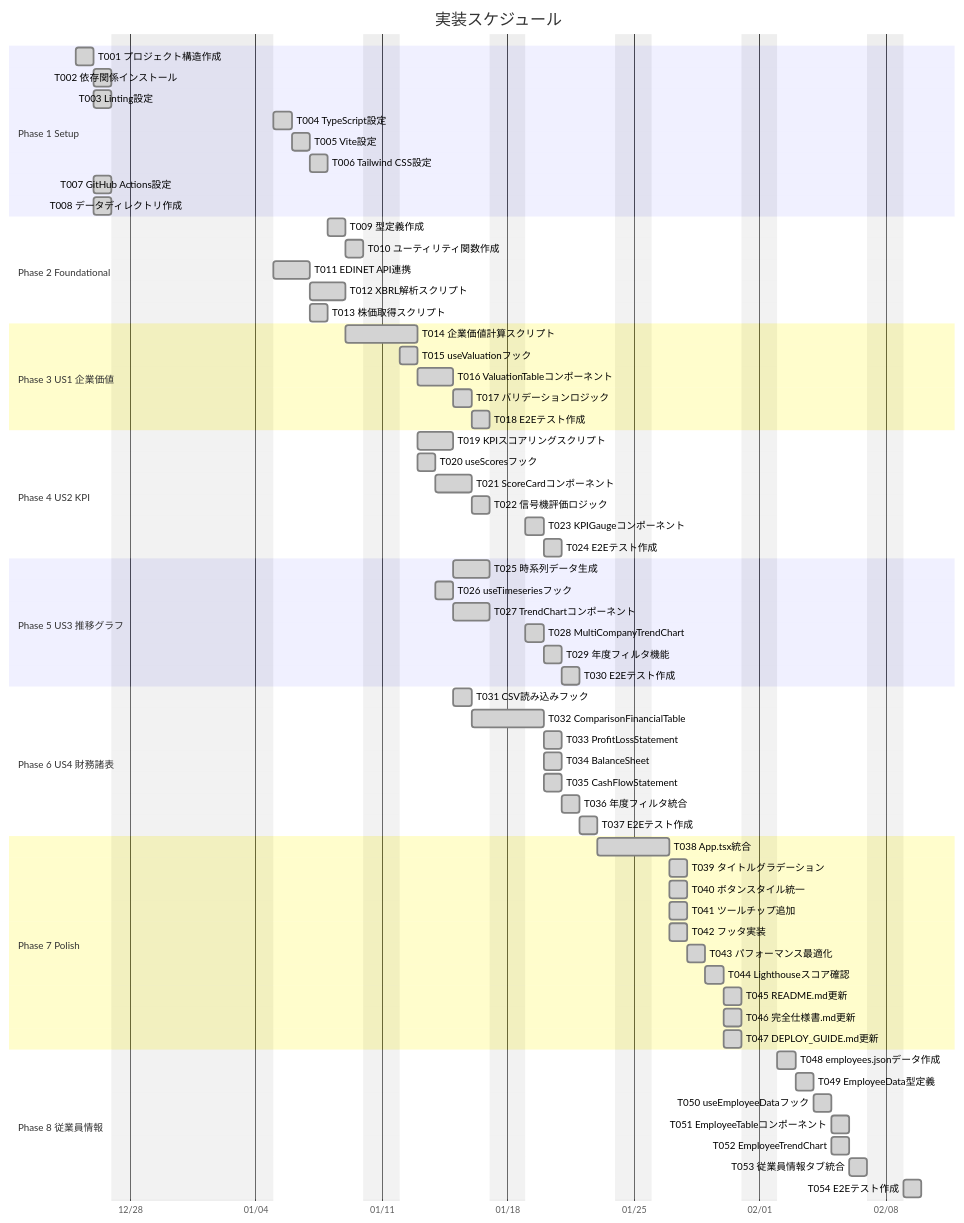
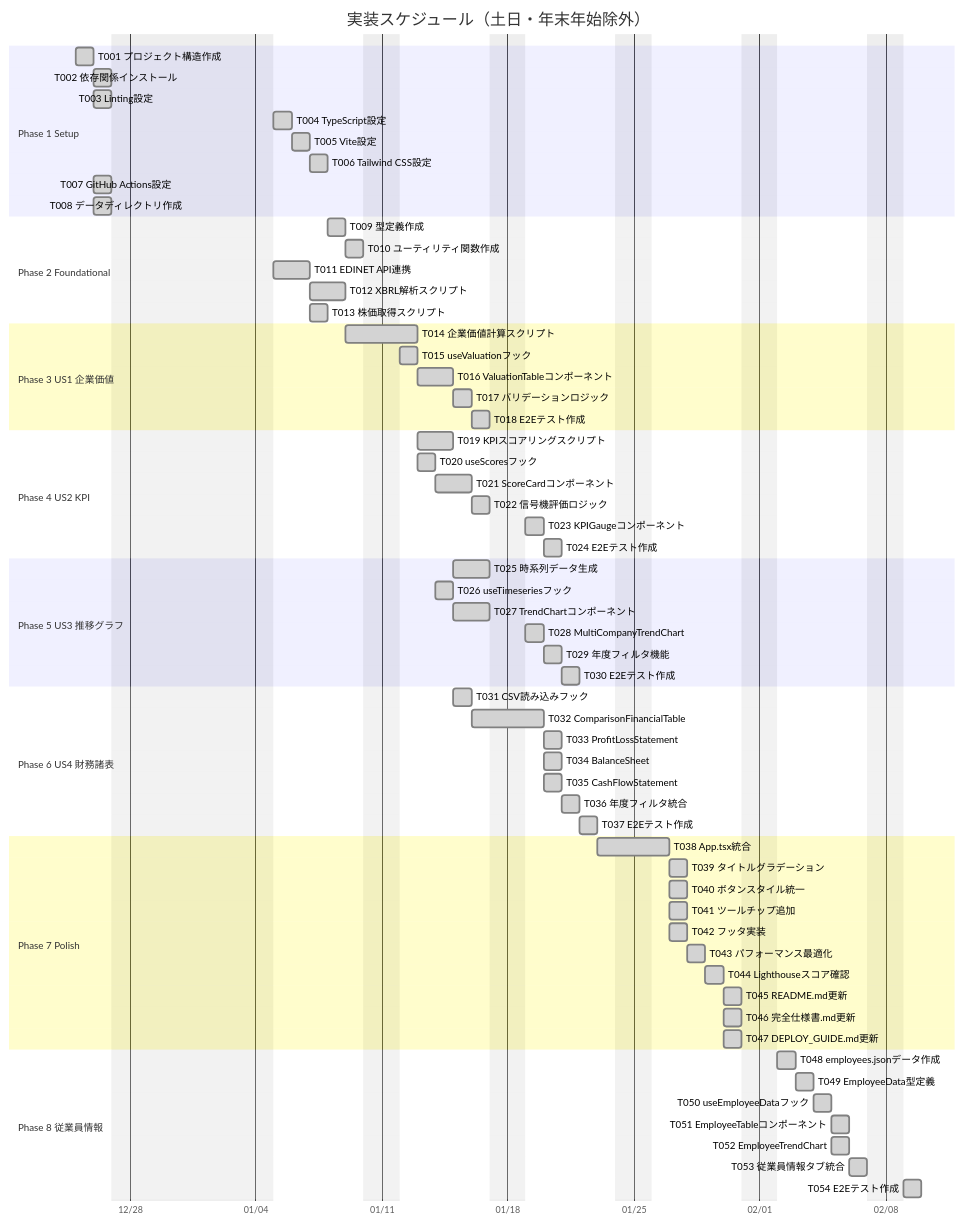
Before and after one commit to J1921604/ValueScope: the diagram in specs/001-ValueScope/tasks.md, drawn with Mermaid. The commit also changed other lines of this file and 15 other files, not shown here.

````diff
--- a/specs/001-ValueScope/tasks.md
+++ b/specs/001-ValueScope/tasks.md
@@ -18,77 +25,77 @@
 ```mermaid
 gantt
-    title 実装スケジュール
+    title 実装スケジュール（土日・年末年始除外）
     dateFormat YYYY-MM-DD
     axisFormat %m/%d
     excludes weekends 2025-12-27 2025-12-28 2025-12-29 2025-12-30 2025-12-31 2026-01-01 2026-01-02 2026-01-03 2026-01-04
     
     section Phase 1 Setup
     T001 プロジェクト構造作成           :done, p1_t001, 2025-12-25, 1d
     T002 依存関係インストール           :done, p1_t002, after p1_t001, 1d
     T003 Linting設定                   :done, p1_t003, after p1_t001, 1d
     T004 TypeScript設定                :done, p1_t004, after p1_t002, 1d
     T005 Vite設定                      :done, p1_t005, after p1_t004, 1d
     T006 Tailwind CSS設定              :done, p1_t006, after p1_t005, 1d
     T007 GitHub Actions設定            :done, p1_t007, after p1_t001, 1d
     T008 データディレクトリ作成        :done, p1_t008, after p1_t001, 1d
     
     section Phase 2 Foundational
     T009 型定義作成                    :done, p2_t009, after p1_t006, 1d
     T010 ユーティリティ関数作成        :done, p2_t010, after p2_t009, 1d
     T011 EDINET API連携                :done, p2_t011, after p1_t008, 2d
     T012 XBRL解析スクリプト            :done, p2_t012, after p2_t011, 2d
     T013 株価取得スクリプト            :done, p2_t013, after p2_t011, 1d
     
     section Phase 3 US1 企業価値
     T014 企業価値計算スクリプト        :done, p3_t014, after p2_t012, 2d
     T015 useValuationフック            :done, p3_t015, after p2_t010, 1d
     T016 ValuationTableコンポーネント  :done, p3_t016, after p3_t015, 2d
     T017 バリデーションロジック        :done, p3_t017, after p3_t016, 1d
     T018 E2Eテスト作成                 :done, p3_t018, after p3_t017, 1d
     
     section Phase 4 US2 KPI
     T019 KPIスコアリングスクリプト     :done, p4_t019, after p3_t014, 2d
     T020 useScoresフック               :done, p4_t020, after p3_t015, 1d
     T021 ScoreCardコンポーネント       :done, p4_t021, after p4_t020, 2d
     T022 信号機評価ロジック            :done, p4_t022, after p4_t021, 1d
     T023 KPIGaugeコンポーネント        :done, p4_t023, after p4_t022, 1d
     T024 E2Eテスト作成                 :done, p4_t024, after p4_t023, 1d
     
     section Phase 5 US3 推移グラフ
     T025 時系列データ生成              :done, p5_t025, after p4_t019, 2d
     T026 useTimeseriesフック           :done, p5_t026, after p4_t020, 1d
     T027 TrendChartコンポーネント      :done, p5_t027, after p5_t026, 2d
     T028 MultiCompanyTrendChart        :done, p5_t028, after p5_t027, 1d
     T029 年度フィルタ機能              :done, p5_t029, after p5_t028, 1d
     T030 E2Eテスト作成                 :done, p5_t030, after p5_t029, 1d
     
     section Phase 6 US4 財務諸表
     T031 CSV読み込みフック             :done, p6_t031, after p5_t026, 1d
     T032 ComparisonFinancialTable      :done, p6_t032, after p6_t031, 2d
     T033 ProfitLossStatement           :done, p6_t033, after p6_t032, 1d
     T034 BalanceSheet                  :done, p6_t034, after p6_t032, 1d
     T035 CashFlowStatement             :done, p6_t035, after p6_t032, 1d
     T036 年度フィルタ統合              :done, p6_t036, after p6_t035, 1d
     T037 E2Eテスト作成                 :done, p6_t037, after p6_t036, 1d
     
     section Phase 7 Polish
     T038 App.tsx統合                   :done, p7_t038, after p6_t037, 2d
     T039 タイトルグラデーション        :done, p7_t039, after p7_t038, 1d
     T040 ボタンスタイル統一            :done, p7_t040, after p7_t038, 1d
     T041 ツールチップ追加              :done, p7_t041, after p7_t038, 1d
     T042 フッタ実装                    :done, p7_t042, after p7_t038, 1d
     T043 パフォーマンス最適化          :done, p7_t043, after p7_t042, 1d
     T044 Lighthouseスコア確認          :done, p7_t044, after p7_t043, 1d
     T045 README.md更新                 :done, p7_t045, after p7_t044, 1d
     T046 完全仕様書.md更新             :done, p7_t046, after p7_t044, 1d
     T047 DEPLOY_GUIDE.md更新           :done, p7_t047, after p7_t044, 1d
     
     section Phase 8 従業員情報
     T048 employees.jsonデータ作成      :done, p8_t048, after p7_t047, 1d
     T049 EmployeeData型定義            :done, p8_t049, after p8_t048, 1d
     T050 useEmployeeDataフック         :done, p8_t050, after p8_t049, 1d
     T051 EmployeeTableコンポーネント   :done, p8_t051, after p8_t050, 1d
     T052 EmployeeTrendChart            :done, p8_t052, after p8_t050, 1d
     T053 従業員情報タブ統合            :done, p8_t053, after p8_t052, 1d
     T054 E2Eテスト作成                 :done, p8_t054, after p8_t053, 1d
 ```
````
